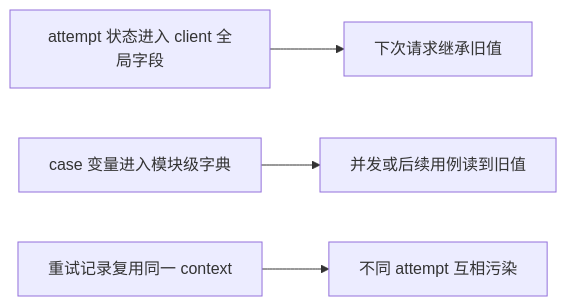
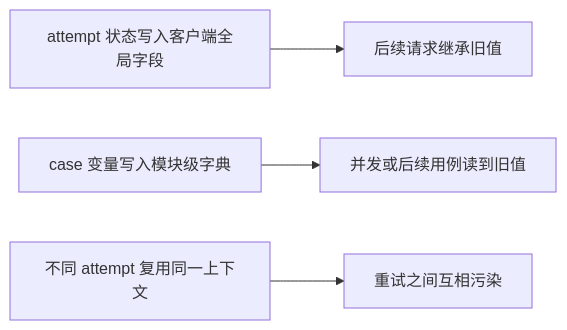
One commit to wjy801/llm_api_case changed diagram 18 of 20 in course/DAY01_EVOLUTION_PROBLEM_MAP.md. Above: the diagram before and after it, drawn with Mermaid. The commit also changed other lines of this file, not shown here.

````diff
--- a/course/DAY01_EVOLUTION_PROBLEM_MAP.md
+++ b/course/DAY01_EVOLUTION_PROBLEM_MAP.md
@@ -562,6 +461,6 @@
 ```mermaid
 flowchart LR
-    A[attempt 状态进入 client 全局字段] --> B[下次请求继承旧值]
-    C[case 变量进入模块级字典] --> D[并发或后续用例读到旧值]
-    E[重试记录复用同一 context] --> F[不同 attempt 互相污染]
+    A["attempt 状态写入客户端全局字段"] --> B["后续请求继承旧值"]
+    C["case 变量写入模块级字典"] --> D["并发或后续用例读到旧值"]
+    E["不同 attempt 复用同一上下文"] --> F["重试之间互相污染"]
 ```
````
